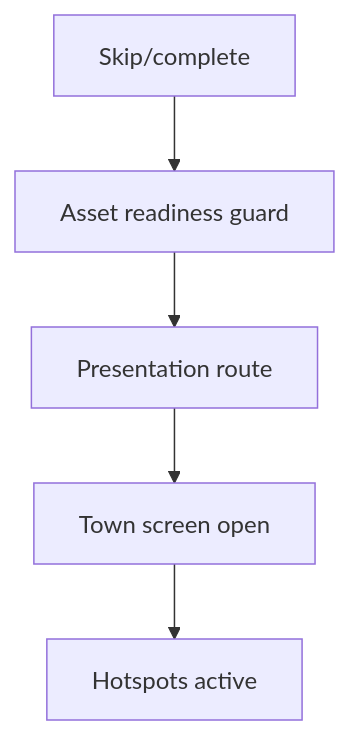
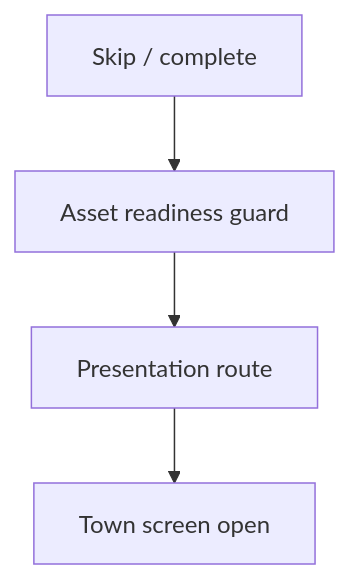
One commit to SunaNoOshiro/Heroes_Reforged_AI_Realms changed the third of 5 diagrams in docs/architecture/wiki/screens/35-town-flyby/architecture.md. Above: the diagram before and after it, drawn with Mermaid. The commit also changed other lines of this file and 518 other files, not shown here.

First line of the commit message:
Add doc-audit skill and sweep architecture/screen docs

````diff
--- a/docs/architecture/wiki/screens/35-town-flyby/architecture.md
+++ b/docs/architecture/wiki/screens/35-town-flyby/architecture.md
@@ -40,8 +53,7 @@
 ```mermaid
 flowchart TD
-  I0["Skip/complete"] --> I1
+  I0["Skip / complete"] --> I1
   I1["Asset readiness guard"] --> I2
   I2["Presentation route"] --> I3
-  I3["Town screen open"] --> I4
-  I4["Hotspots active"]
+  I3["Town screen open"]
 ```
````
